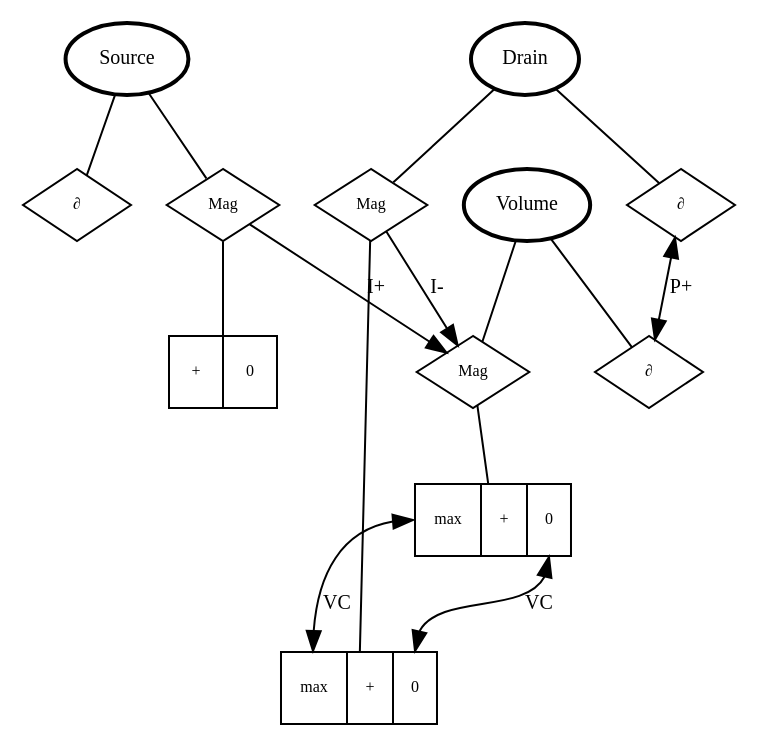
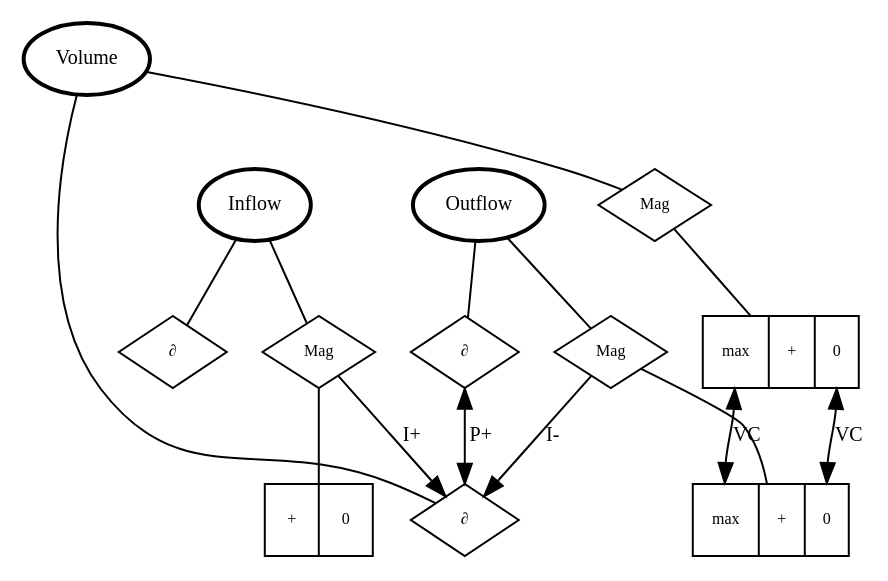
The diagram in casualmodel.gv (morris-frank/UVA-Qualitative-Reasoning), drawn with Graphviz before and after one commit. The commit also changed 2 other files, not shown here.

```diff
--- a/casualmodel.gv
+++ b/casualmodel.gv
@@ -1,35 +1,35 @@
 digraph {
     node [ fontsize=8 ];
     edge [ fontsize=10 ];
     fontsize=8;
-    S [style=bold, label="Source", fontsize=10]
+    S [style=bold, label="Inflow", fontsize=10]
     Sd [label="∂", shape=diamond]
     S -> Sd [dir=none]
     Sm [label="Mag", shape=diamond]
     S -> Sm [dir=none]
     Sms [label="<Splus> + | <Snull> 0", shape=record]
     Sm -> Sms [dir=none]
 
-    D [style=bold, label="Drain", fontsize=10]
+    D [style=bold, label="Outflow", fontsize=10]
     Dd [label="∂", shape=diamond]
     D -> Dd [dir=none]
     Dm [label="Mag", shape=diamond]
     D -> Dm [dir=none]
     Dms [label="<Dmax> max | <Dplus>+ | <Dnull> 0", shape=record]
     Dm -> Dms [dir=none]
 
     V [style=bold, label="Volume", fontsize=10]
     Vd [label="∂", shape=diamond]
     V -> Vd [dir=none]
     Vm [label="Mag", shape=diamond]
     V -> Vm [dir=none]
     Vms [label="<Vmax> max | <Vplus>+ | <Vnull> 0", shape=record]
     Vm -> Vms [dir=none]
 
-    Sm -> Vm [label="I+"]
-    Dm -> Vm [label="I-"]
+    Sm -> Vd [label="I+"]
+    Dm -> Vd [label="I-"]
     Dd -> Vd [label="P+", dir=both]
 
     Vms:Vmax -> Dms:Dmax [label="VC", dir=both]
     Vms:Vnull -> Dms:Dnull [label="VC", dir=both]
 }
```
